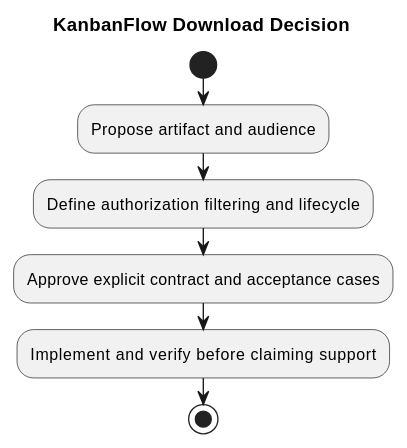
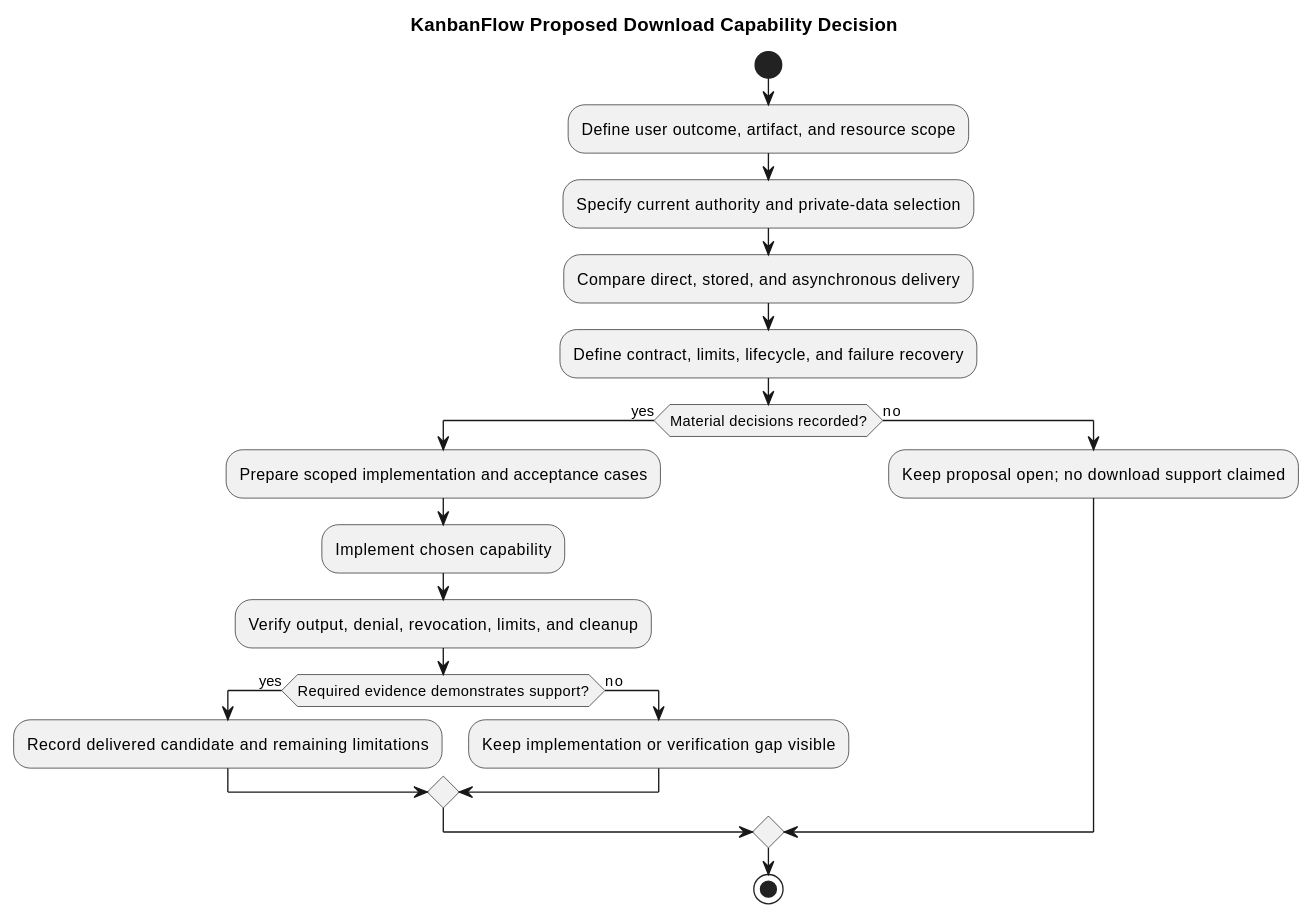
Before and after one commit to Farhad-Valizadegan/Web-KanbanFlow: the diagram in docs/SDLC/04-design/download-decision.md, drawn with PlantUML. The commit also changed other lines of this file and 2 other files, not shown here.

Commit message:
docs: complete download capability decision and acceptance guidance

````diff
--- a/docs/SDLC/04-design/download-decision.md
+++ b/docs/SDLC/04-design/download-decision.md
@@ -30,11 +115,23 @@
 ```plantuml
 @startuml
-title KanbanFlow Download Decision
+title KanbanFlow Proposed Download Capability Decision
 start
-:Propose artifact and audience;
-:Define authorization filtering and lifecycle;
-:Approve explicit contract and acceptance cases;
-:Implement and verify before claiming support;
+:Define user outcome, artifact, and resource scope;
+:Specify current authority and private-data selection;
+:Compare direct, stored, and asynchronous delivery;
+:Define contract, limits, lifecycle, and failure recovery;
+if (Material decisions recorded?) then (yes)
+ :Prepare scoped implementation and acceptance cases;
+ :Implement chosen capability;
+ :Verify output, denial, revocation, limits, and cleanup;
+ if (Required evidence demonstrates support?) then (yes)
+  :Record delivered candidate and remaining limitations;
+ else (no)
+  :Keep implementation or verification gap visible;
+ endif
+else (no)
+ :Keep proposal open; no download support claimed;
+endif
 stop
 @enduml
 ```
````
